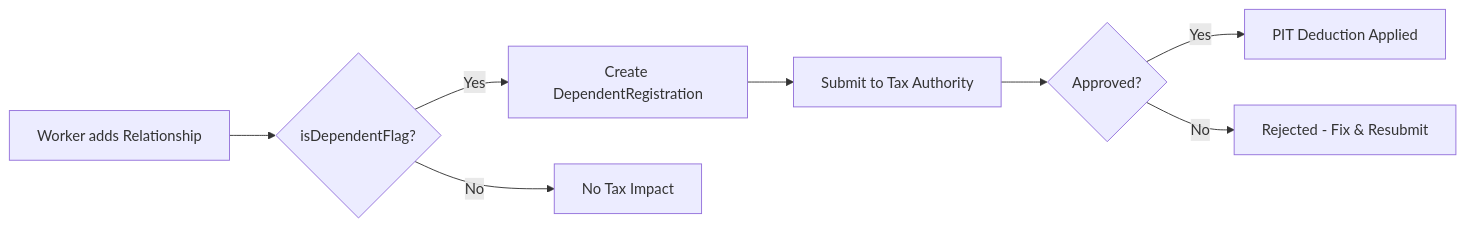
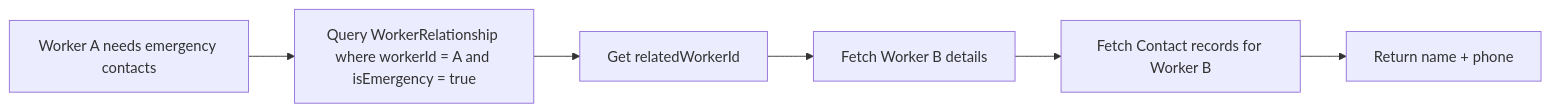
The fifth of 5 diagrams in docs/01-modules/CO/00-new/02.ontology/person/worker-relationship.onto.md (a4b-corporation/xTalent), drawn with Mermaid before and after one commit. The commit also changed other lines of this file and 6 other files, not shown here.

````diff
--- a/docs/01-modules/CO/00-new/02.ontology/person/worker-relationship.onto.md
+++ b/docs/01-modules/CO/00-new/02.ontology/person/worker-relationship.onto.md
@@ -459,10 +526,8 @@
 ```mermaid
 flowchart LR
-    A[Worker adds Relationship] --> B{isDependentFlag?}
-    B -->|Yes| C[Create DependentRegistration]
-    C --> D[Submit to Tax Authority]
-    D --> E{Approved?}
-    E -->|Yes| F[PIT Deduction Applied]
-    E -->|No| G[Rejected - Fix & Resubmit]
-    B -->|No| H[No Tax Impact]
+    A[Worker A needs emergency contacts] --> B[Query WorkerRelationship where workerId = A and isEmergency = true]
+    B --> C[Get relatedWorkerId]
+    C --> D[Fetch Worker B details]
+    D --> E[Fetch Contact records for Worker B]
+    E --> F[Return name + phone]
 ```
````
